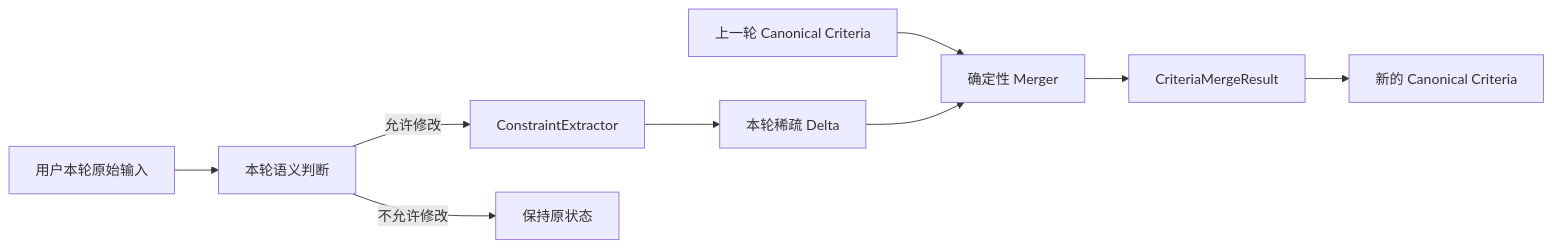
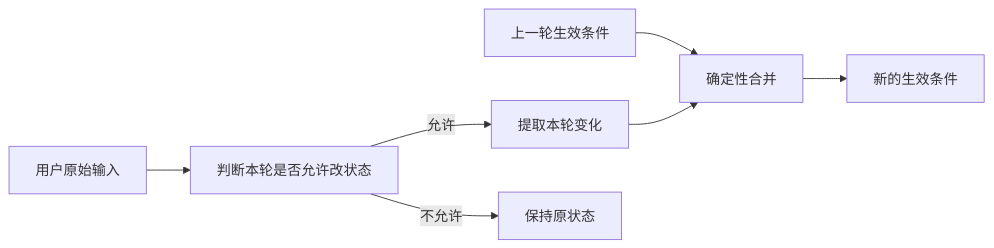
The diagram in doc/02_用户约束建模、提取与状态合并——开发故事与面试准备.md (huwuhu6/dp-plus), drawn with Mermaid before and after one commit. The commit also changed other lines of this file, not shown here.

````diff
--- a/doc/02_用户约束建模、提取与状态合并——开发故事与面试准备.md
+++ b/doc/02_用户约束建模、提取与状态合并——开发故事与面试准备.md
@@ -85,11 +64,9 @@
 ```mermaid
 flowchart LR
-    A[上一轮 Canonical Criteria] --> M[确定性 Merger]
-    U[用户本轮原始输入] --> T[本轮语义判断]
-    T -->|允许修改| E[ConstraintExtractor]
-    E --> D[本轮稀疏 Delta]
-    D --> M
-    M --> R[CriteriaMergeResult]
-    R --> N[新的 Canonical Criteria]
-    T -->|不允许修改| K[保持原状态]
+    A[上一轮生效条件] --> M[确定性合并]
+    U[用户原始输入] --> P[判断本轮是否允许改状态]
+    P -->|允许| E[提取本轮变化]
+    E --> M
+    M --> N[新的生效条件]
+    P -->|不允许| K[保持原状态]
 ```
````
